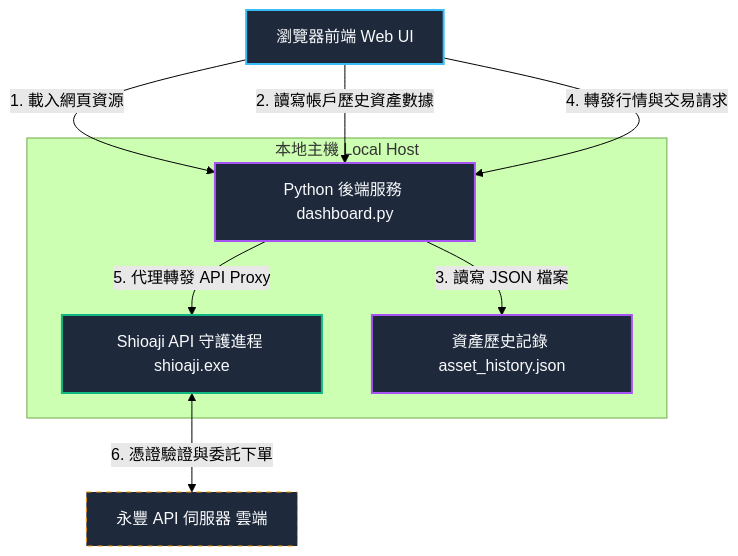
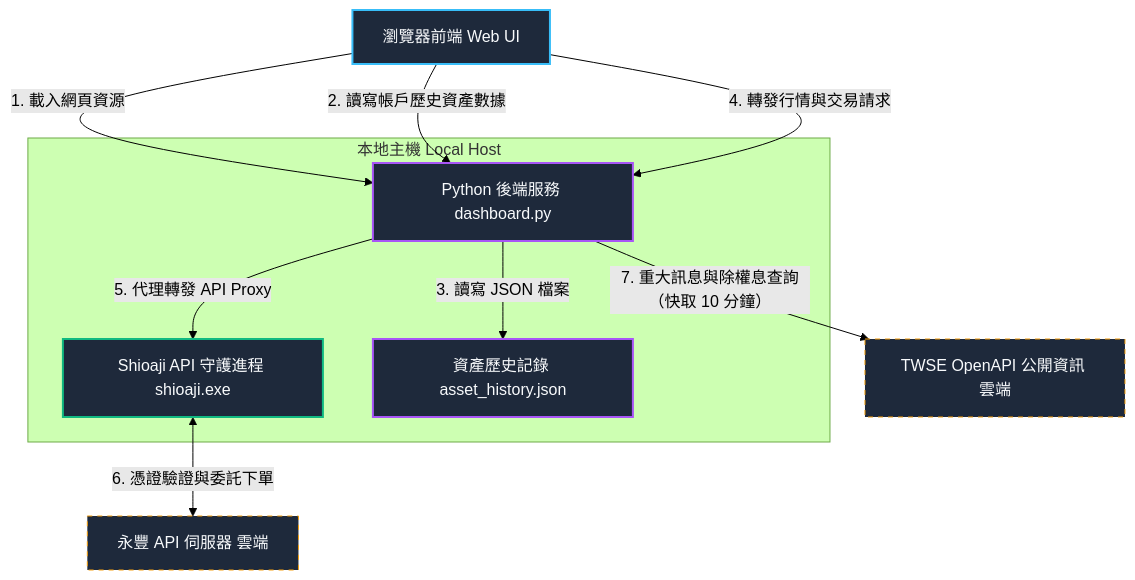
The diagram in README.md (rowjk/StockGenie), drawn with Mermaid (forest theme) before and after one commit. The commit also changed other lines of this file and 7 other files, not shown here.

````diff
--- a/README.md
+++ b/README.md
@@ -16,29 +18,31 @@
 ```mermaid
 graph TD
     %% Styling
     classDef browser fill:#1e293b,stroke:#38bdf8,stroke-width:2px,color:#f8fafc;
     classDef pyServer fill:#1e293b,stroke:#a855f7,stroke-width:2px,color:#f8fafc;
     classDef localDaemon fill:#1e293b,stroke:#10b981,stroke-width:2px,color:#f8fafc;
     classDef remote fill:#1e293b,stroke:#f59e0b,stroke-width:1px,color:#f8fafc,stroke-dasharray: 5 5;
 
     %% Nodes
     Browser["瀏覽器前端 Web UI"]:::browser
 
     subgraph "本地主機 Local Host"
         PyServer["Python 後端服務 dashboard.py"]:::pyServer
         ShioajiServer["Shioaji API 守護進程 shioaji.exe"]:::localDaemon
         JsonDB["資產歷史記錄 asset_history.json"]:::pyServer
     end
 
     RemoteSinoPac["永豐 API 伺服器 雲端"]:::remote
+    RemoteTWSE["TWSE OpenAPI 公開資訊 雲端"]:::remote
 
     %% Relationships
     Browser -->|"1. 載入網頁資源"| PyServer
     Browser -->|"2. 讀寫帳戶歷史資產數據"| PyServer
     PyServer -->|"3. 讀寫 JSON 檔案"| JsonDB
     
     Browser -->|"4. 轉發行情與交易請求"| PyServer
     PyServer -->|"5. 代理轉發 API Proxy"| ShioajiServer
     
     ShioajiServer <-->|"6. 憑證驗證與委託下單"| RemoteSinoPac
+    PyServer -->|"7. 重大訊息與除權息查詢（快取 10 分鐘）"| RemoteTWSE
 ```
````
